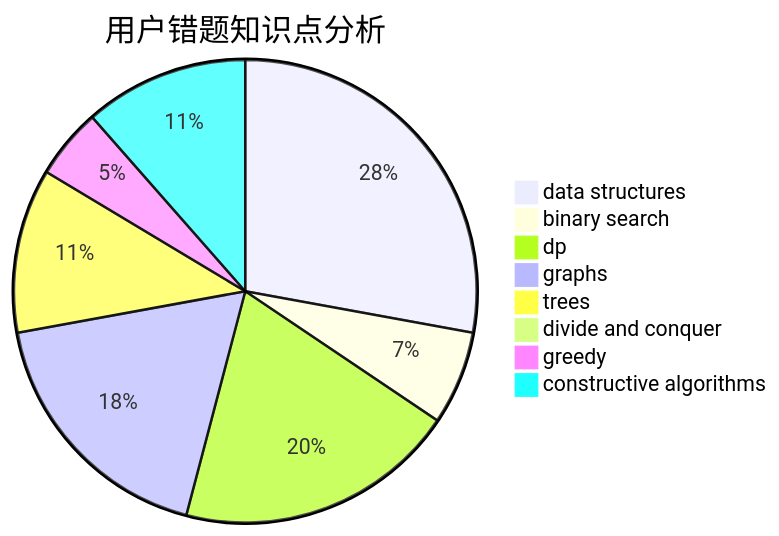
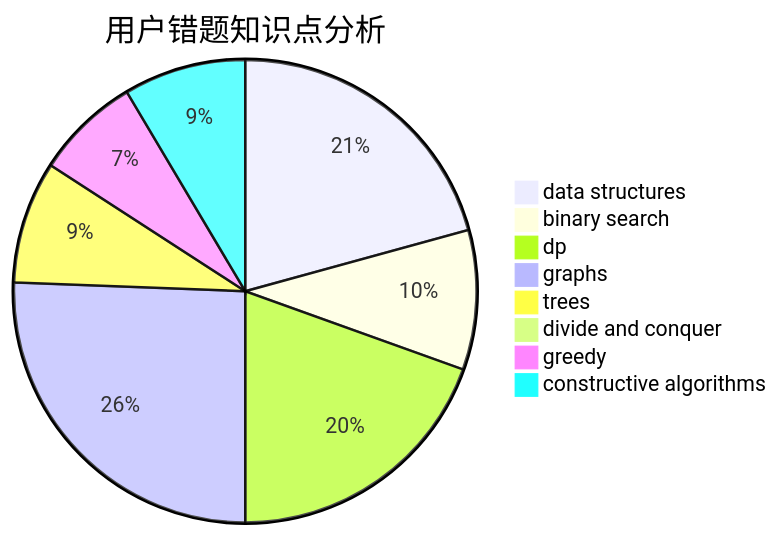
The third of 3 diagrams in docs/user/u1609.md (sherpahu/cfrs.github.io), drawn with Mermaid before and after one commit. The commit also changed other lines of this file and 2770 other files, not shown here.

````diff
--- a/docs/user/u1609.md
+++ b/docs/user/u1609.md
@@ -36,11 +36,11 @@
 ```mermaid
 pie title 用户错题知识点分析
     "data structures" :  17
-    "binary search" :  4
-    "dp" :  12
-    "graphs" :  11
+    "binary search" :  8
+    "dp" :  16
+    "graphs" :  21
     "trees" :  7
     "divide and conquer" :  0
-    "greedy" :  3
+    "greedy" :  6
     "constructive algorithms" :  7
 ```
````
